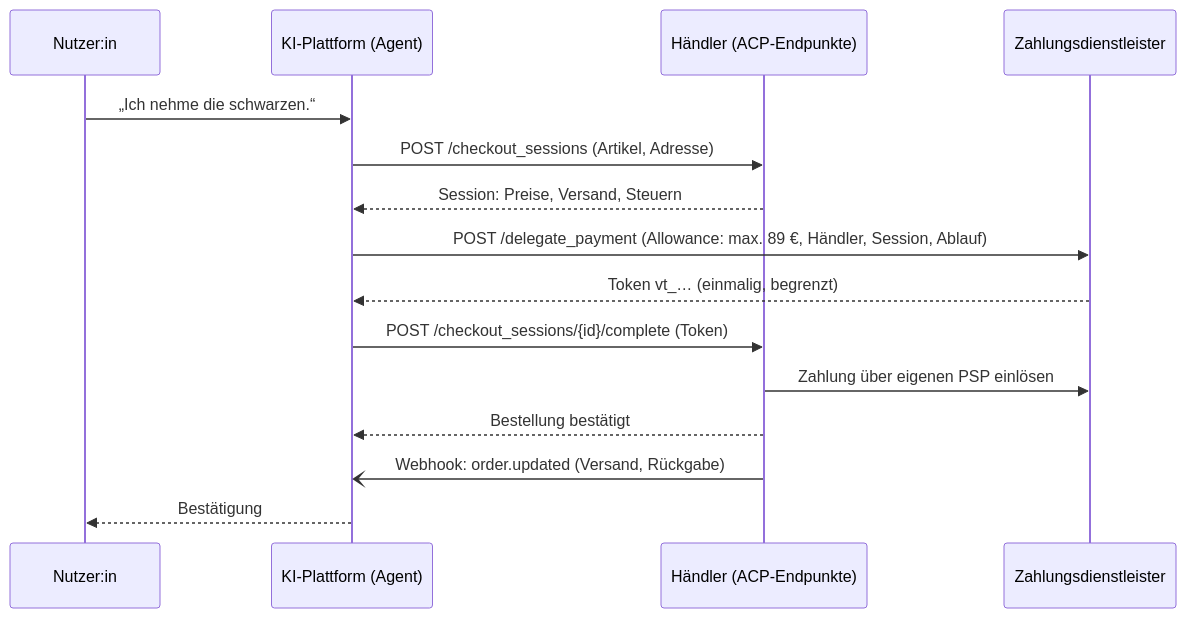
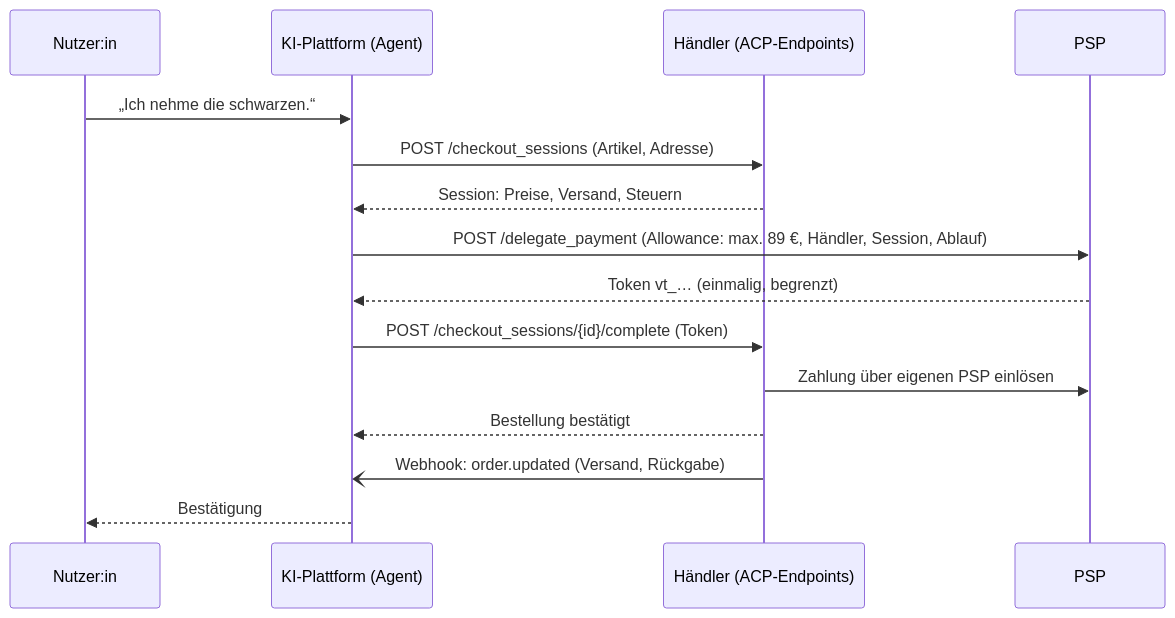
Before and after one commit to org-felix-paul/felix-paul-website: diagram 11 of 13 in src/blog/content/posts/agentic-protocols-compared.md, drawn with Mermaid. The commit also changed other lines of this file, not shown here.

````diff
--- a/src/blog/content/posts/agentic-protocols-compared.md
+++ b/src/blog/content/posts/agentic-protocols-compared.md
@@ -680,17 +680,17 @@
 ```mermaid
 sequenceDiagram
     participant U as Nutzer:in
     participant P as KI-Plattform (Agent)
-    participant M as Händler (ACP-Endpunkte)
-    participant PSP as Zahlungsdienstleister
+    participant M as Händler (ACP-Endpoints)
+    participant PSP as PSP
     U->>P: „Ich nehme die schwarzen.“
     P->>M: POST /checkout_sessions (Artikel, Adresse)
     M-->>P: Session: Preise, Versand, Steuern
     P->>PSP: POST /delegate_payment (Allowance: max. 89 €, Händler, Session, Ablauf)
     PSP-->>P: Token vt_… (einmalig, begrenzt)
     P->>M: POST /checkout_sessions/{id}/complete (Token)
     M->>PSP: Zahlung über eigenen PSP einlösen
     M-->>P: Bestellung bestätigt
     M-)P: Webhook: order.updated (Versand, Rückgabe)
     P-->>U: Bestätigung
 ```
````
